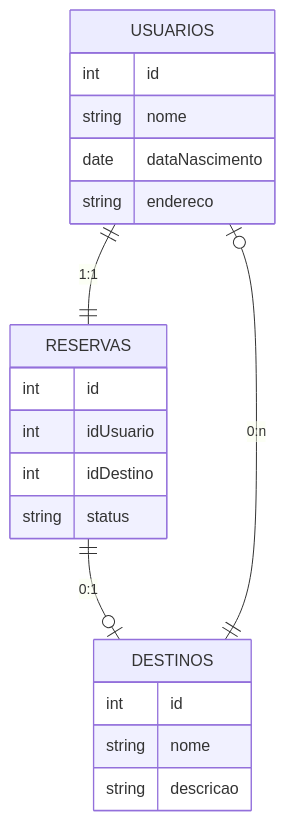
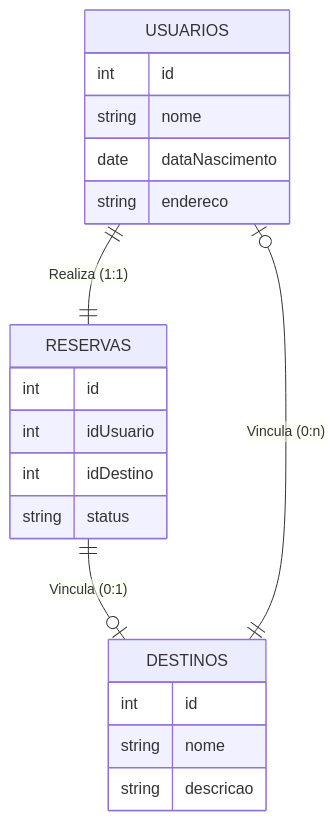
One commit to lelia-salles/Banco-de-Dados-Relacional changed the second of 2 diagrams in conceitos-basicos.md. Above: the diagram before and after it, drawn with Mermaid.

````diff
--- a/conceitos-basicos.md
+++ b/conceitos-basicos.md
@@ -100,26 +100,26 @@
 ```mermaid
 erDiagram
     USUARIOS {
         int id
         string nome
         date dataNascimento
         string endereco
     }
 
     DESTINOS {
         int id
         string nome
         string descricao
     }
 
     RESERVAS {
         int id
         int idUsuario
         int idDestino
         string status
     }
 
-    USUARIOS ||--|| RESERVAS : "1:1"
-    RESERVAS ||--o| DESTINOS : "0:1"
-    DESTINOS ||--o| USUARIOS : "0:n"
+    USUARIOS ||--|| RESERVAS : "Realiza (1:1)"
+    RESERVAS ||--o| DESTINOS : "Vincula (0:1)"
+    DESTINOS ||--o| USUARIOS : " Vincula (0:n)"
 ```
````
